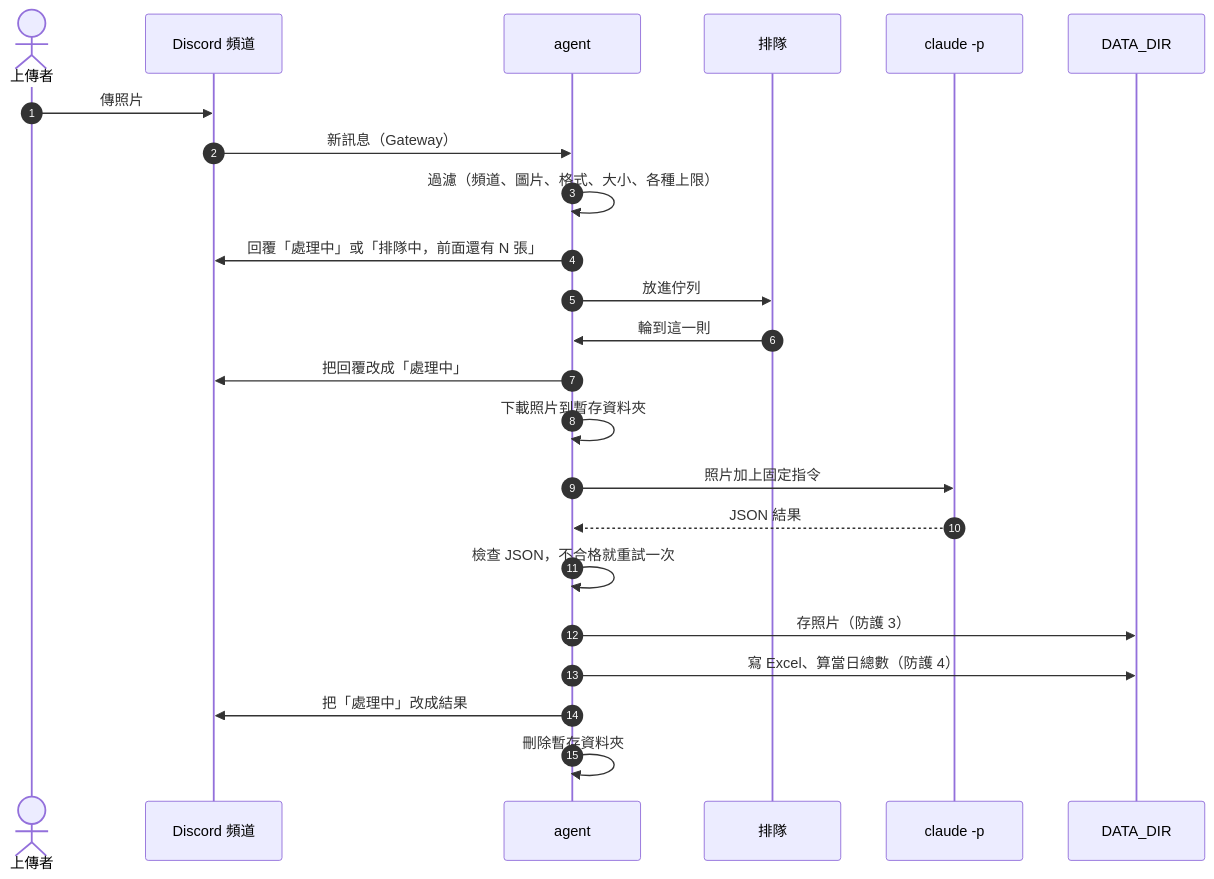
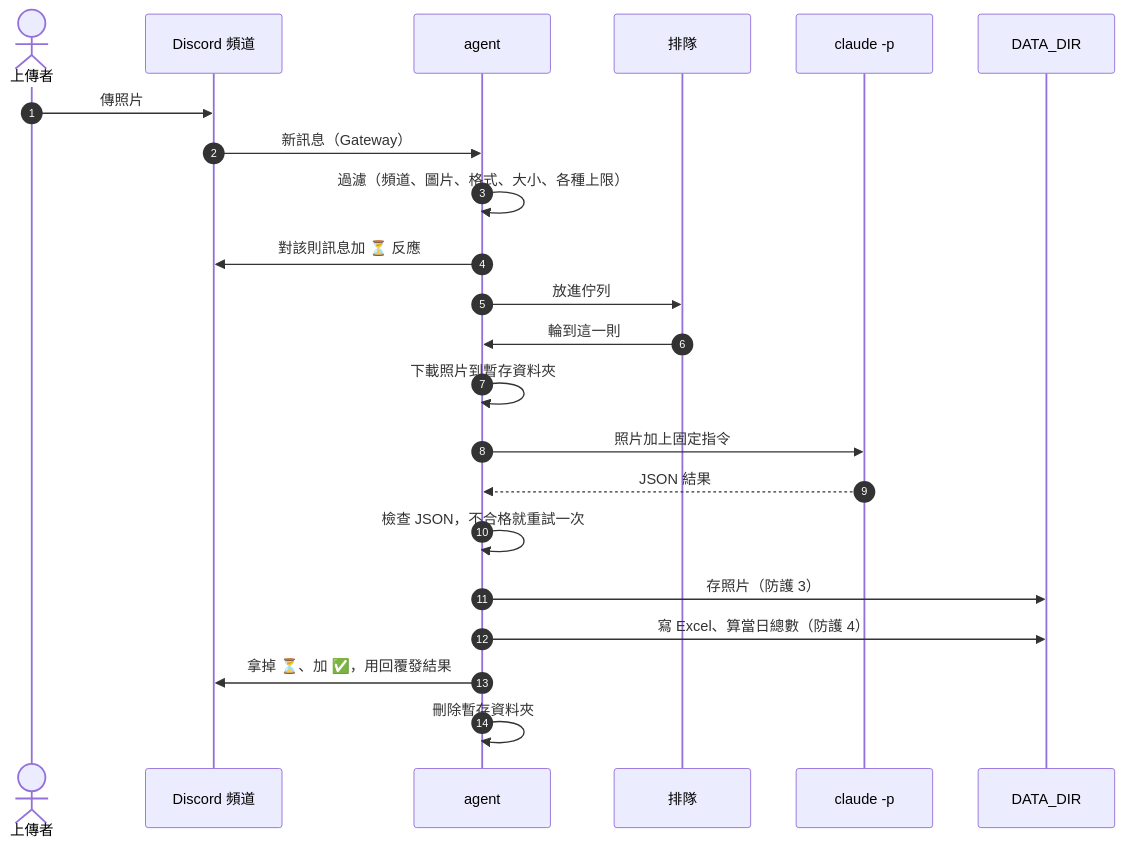
Before and after one commit to samsonchen/food-photo-agent: the second of 2 diagrams in docs/architecture.md, drawn with Mermaid. The commit also changed other lines of this file and 31 other files, not shown here.

````diff
--- a/docs/architecture.md
+++ b/docs/architecture.md
@@ -154,26 +158,25 @@
 ```mermaid
 sequenceDiagram
     autonumber
     actor U as 上傳者
     participant D as Discord 頻道
     participant A as agent
     participant Q as 排隊
     participant C as claude -p
     participant F as DATA_DIR
 
     U->>D: 傳照片
     D->>A: 新訊息（Gateway）
     A->>A: 過濾（頻道、圖片、格式、大小、各種上限）
-    A->>D: 回覆「處理中」或「排隊中，前面還有 N 張」
+    A->>D: 對該則訊息加 ⏳ 反應
     A->>Q: 放進佇列
     Q->>A: 輪到這一則
-    A->>D: 把回覆改成「處理中」
     A->>A: 下載照片到暫存資料夾
     A->>C: 照片加上固定指令
     C-->>A: JSON 結果
     A->>A: 檢查 JSON，不合格就重試一次
     A->>F: 存照片（防護 3）
     A->>F: 寫 Excel、算當日總數（防護 4）
-    A->>D: 把「處理中」改成結果
+    A->>D: 拿掉 ⏳、加 ✅，用回覆發結果
     A->>A: 刪除暫存資料夾
 ```
````
